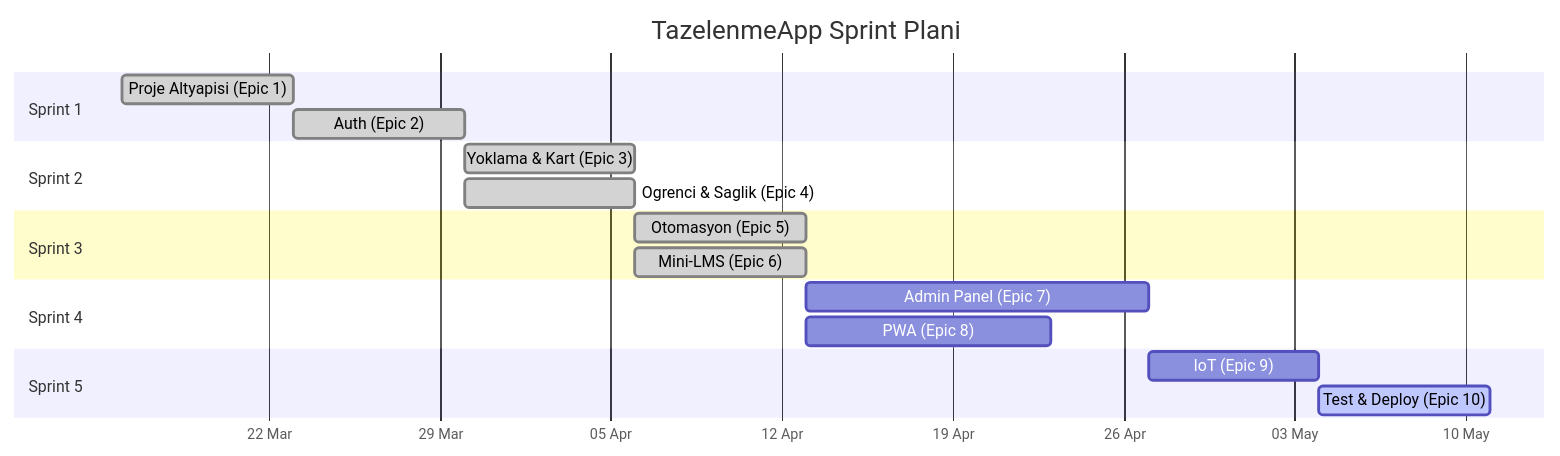
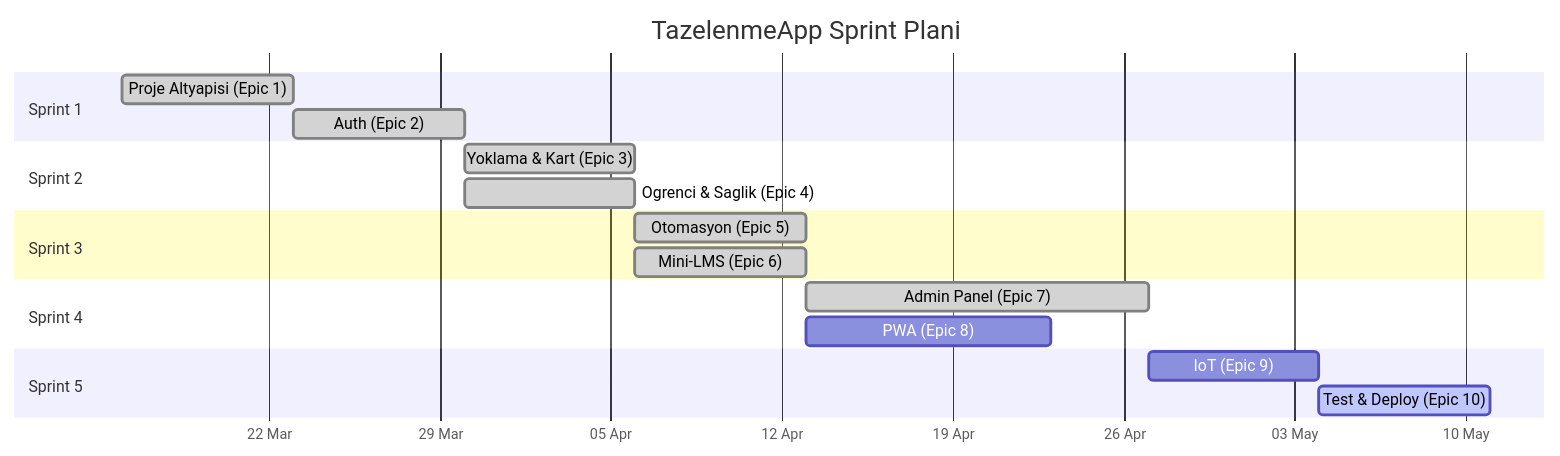
The diagram in kanban_board.md (burakyalcin10/TazelenmeApp), drawn with Mermaid before and after one commit. The commit also changed other lines of this file and 1 other file, not shown here.

````diff
--- a/kanban_board.md
+++ b/kanban_board.md
@@ -172,26 +174,26 @@
 ```mermaid
 gantt
     title TazelenmeApp Sprint Plani
     dateFormat  YYYY-MM-DD
     axisFormat  %d %b
 
     section Sprint 1
     Proje Altyapisi (Epic 1)     :done, s1e1, 2026-03-16, 7d
     Auth (Epic 2)                :done, s1e2, after s1e1, 7d
 
     section Sprint 2
     Yoklama & Kart (Epic 3)      :done, s2e3, after s1e2, 7d
     Ogrenci & Saglik (Epic 4)    :done, s2e4, after s1e2, 7d
 
     section Sprint 3
     Otomasyon (Epic 5)           :done, s3e5, after s2e3, 7d
     Mini-LMS (Epic 6)            :done, s3e6, after s2e4, 7d
 
     section Sprint 4
-    Admin Panel (Epic 7)         :s4e7, after s3e5, 14d
+    Admin Panel (Epic 7)         :done, s4e7, after s3e5, 14d
     PWA (Epic 8)                 :s4e8, after s3e6, 10d
 
     section Sprint 5
     IoT (Epic 9)                 :s5e9, after s4e7, 7d
     Test & Deploy (Epic 10)      :active, s5e10, after s5e9, 7d
 ```
````
